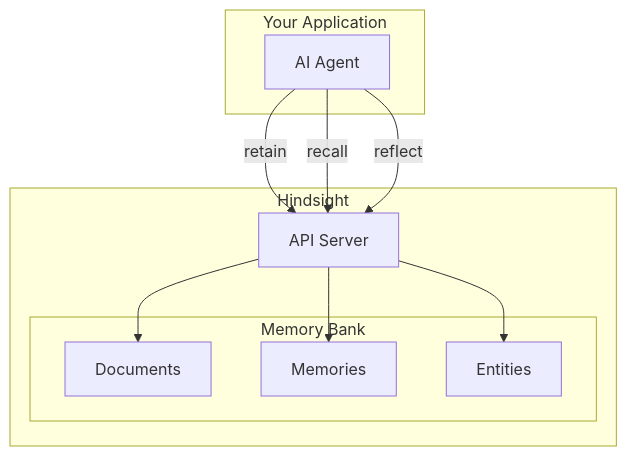
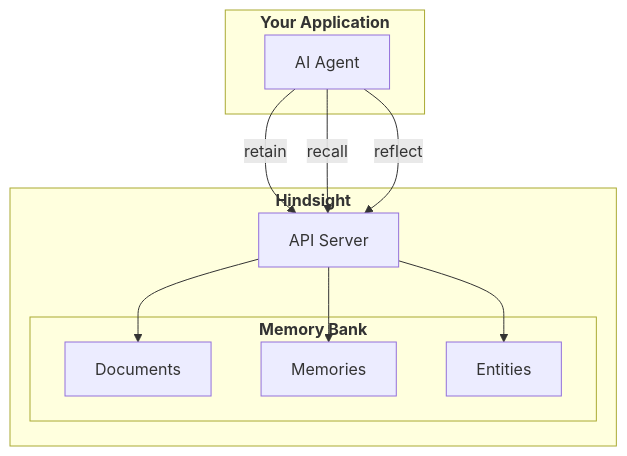
The first of 2 diagrams in hindsight-docs/docs/developer/index.md (karljsamuel/hindsight), drawn with Mermaid before and after one commit. The commit also changed other lines of this file and 1 other file, not shown here.

Commit message:
Add RAG vs Hindsight examples (#15)

````diff
--- a/hindsight-docs/docs/developer/index.md
+++ b/hindsight-docs/docs/developer/index.md
@@ -23,24 +23,24 @@
 ```mermaid
 graph TB
-    subgraph app[Your Application]
+    subgraph app["<b>Your Application</b>"]
         Agent[AI Agent]
     end
 
-    subgraph hindsight[Hindsight]
+    subgraph hindsight["<b>Hindsight</b>"]
         API[API Server]
 
-        subgraph bank[Memory Bank]
+        subgraph bank["<b>Memory Bank</b>"]
             Documents[Documents]
             Memories[Memories]
             Entities[Entities]
         end
     end
 
     Agent -->|retain| API
     Agent -->|recall| API
     Agent -->|reflect| API
 
     API --> Documents
     API --> Memories
     API --> Entities
 ```
````
